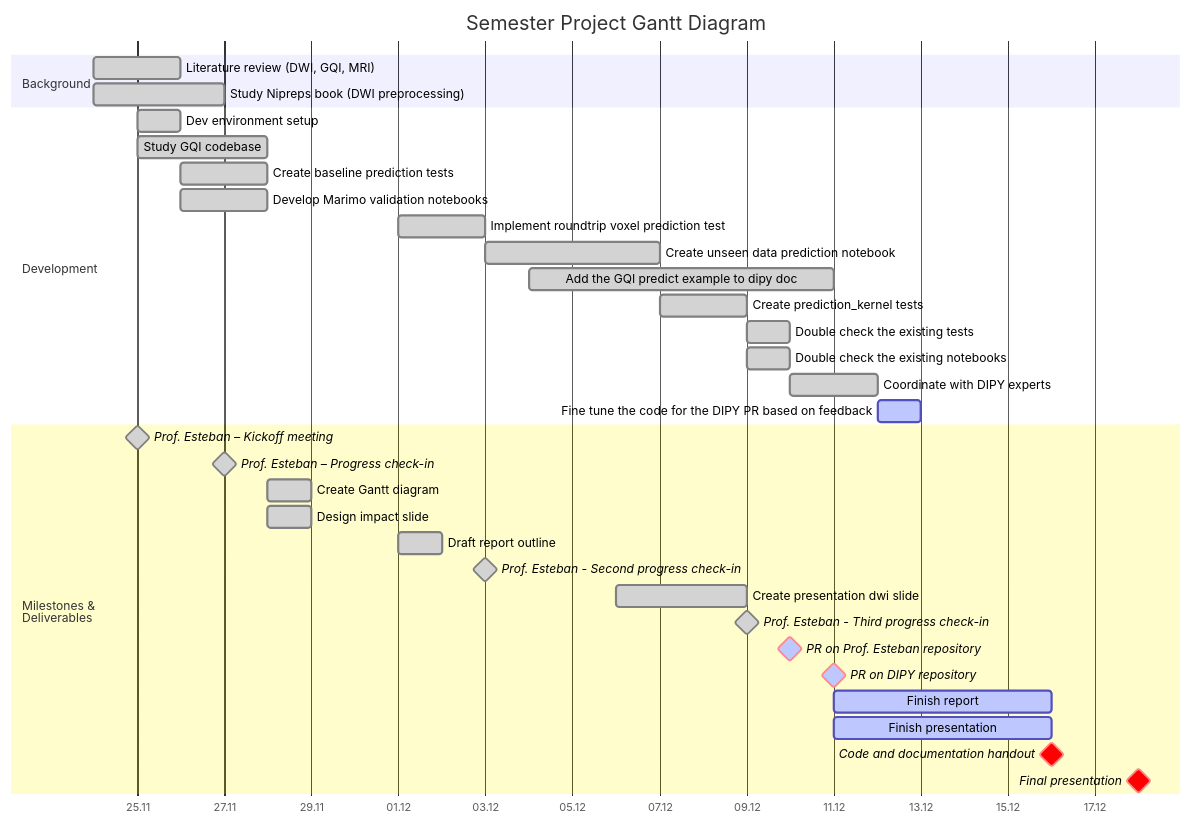
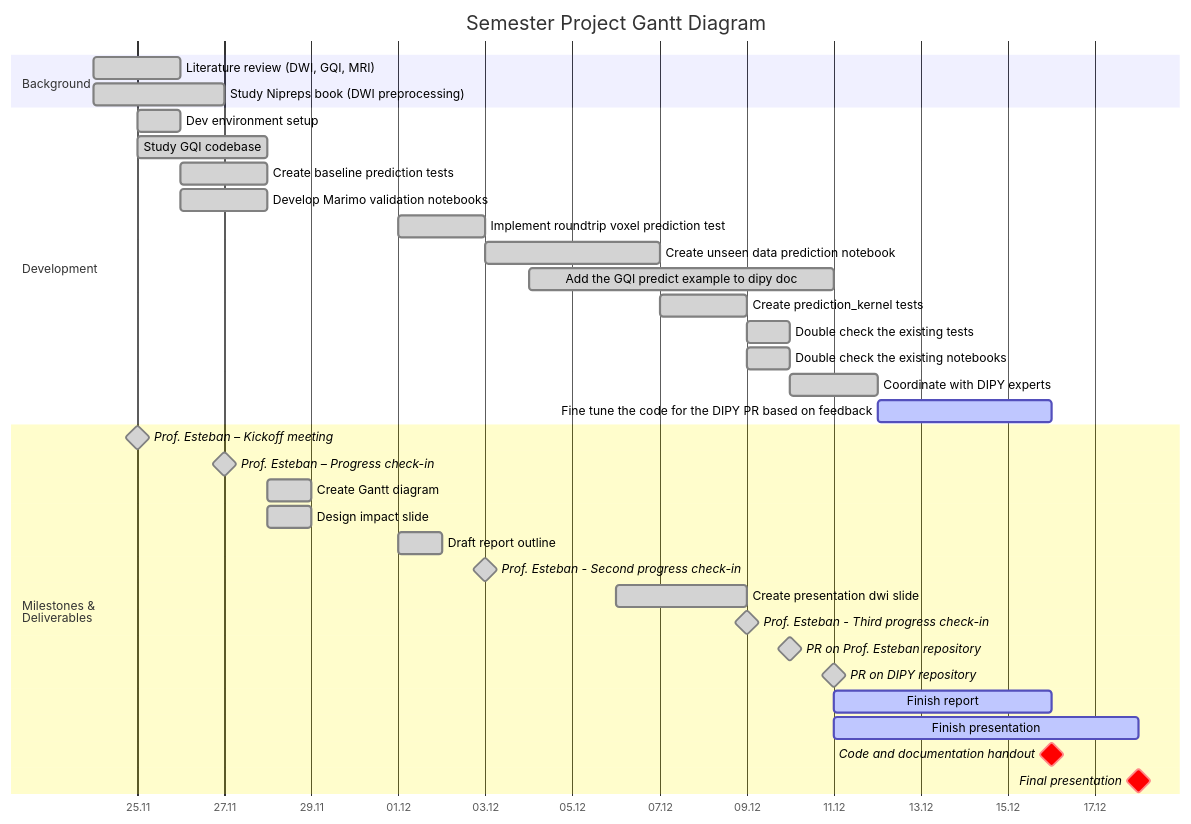
The diagram in src/index.qmd (MadeInShineA/303.1-semester-project), drawn with Mermaid before and after one commit. The commit also changed other lines of this file and 9 other files, not shown here.

````diff
--- a/src/index.qmd
+++ b/src/index.qmd
@@ -20,46 +20,46 @@
 ```{mermaid}
 gantt
 
     title Semester Project Gantt Diagram
     dateFormat DD.MM.YYYY
     axisFormat %d.%m
 
     section Background
         Literature review (DWI, GQI, MRI)       :done,         research,       24.11.2025, 2d
         Study Nipreps book (DWI preprocessing)  :done,         nipreps,        24.11.2025, 3d
 
     section Development
         Dev environment setup                   :done,         devenv,         25.11.2025, 1d
         Study GQI codebase                      :done,         codebase,       25.11.2025, 3d
         Create baseline prediction tests        :done,         simple_tests,   26.11.2025, 2d
         Develop Marimo validation notebooks     :done,         notebooks,      26.11.2025, 2d
         Implement roundtrip voxel prediction test :done,       cross_tests,    01.12.2025, 2d
         Create unseen data prediction notebook  :done,         unseen_data,    03.12.2025, 4d
         Add the GQI predict example to dipy doc :done,         predict_example,04.12.2025, 11.12.2025
         Create prediction_kernel tests          :done,         prediction_kernel ,07.12.2025, 2d
         Double check the existing tests         :done,         dc_test,          09.12.2025, 1d
         Double check the existing notebooks     :done,         dc_notebooks,   09.12.2025, 1d
         Coordinate with DIPY experts            :done,              coor,           10.12.2025, 12.12.2025
-        Fine tune the code for the DIPY PR based on feedback      :active,        prpr,           12.12.2025, 1d
+        Fine tune the code for the DIPY PR based on feedback      :active,        prpr,           12.12.2025, 16.12.2025
         
 
       
         
 
     section Milestones & <br>Deliverables
         Prof. Esteban – Kickoff meeting         :done,         milestone,      25.11.2025, 0d
         Prof. Esteban – Progress check-in       :done,         milestone,      27.11.2025, 0d
         Create Gantt diagram                    :done,         gantt,          28.11.2025, 1d
         Design impact slide                     :done,         impact,         28.11.2025, 1d
         Draft report outline                    :done,         r_draft,        01.12.2025, 1d
         Prof. Esteban - Second progress check-in:done,         milestone,      03.12.2025, 0d
         Create presentation dwi slide           :done,         p_draft,        06.12.2025, 09.12.2025 
         Prof. Esteban - Third progress check-in :done,         milestone,      09.12.2025, 0d
-        PR on Prof. Esteban repository          :crit,active,         milestone,      10.12.2025, 0d
-        PR on DIPY repository                   :crit,active,         milestone,      11.12.2025, 0d
+        PR on Prof. Esteban repository          :done,         milestone,      10.12.2025, 0d
+        PR on DIPY repository                   :done,         milestone,      11.12.2025, 0d
         Finish report                           :active,              f_rep,          11.12.2025, 16.12.2025
-        Finish presentation                     :active,              f_pres,         11.12.2025, 16.12.2025
+        Finish presentation                     :active,              f_pres,         11.12.2025, 18.12.2025
         Code and documentation handout          :crit,         milestone,      16.12.2025, 0d
         Final presentation                      :crit,         milestone,      18.12.2025, 0d
         
 ```
````
